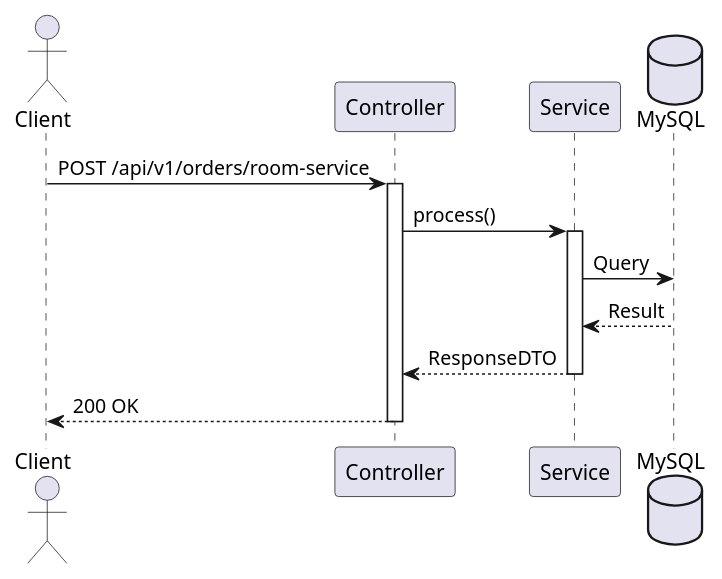
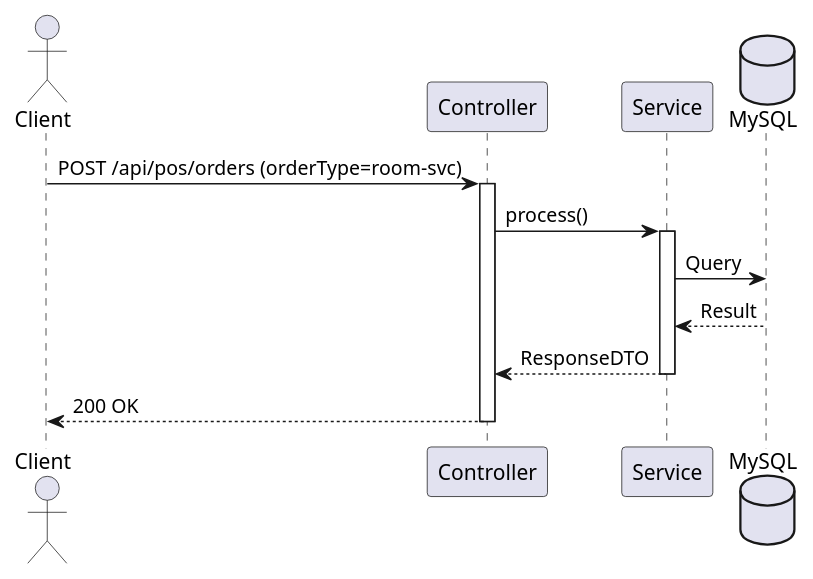
The second of 2 diagrams in 06-Testing/mod3_pos/uc14/EDS_uc14_SPEC.md (NguyenNgoc6/HoaNien), drawn with PlantUML before and after one commit. The commit also changed other lines of this file and 21 other files, not shown here.

````diff
--- a/06-Testing/mod3_pos/uc14/EDS_uc14_SPEC.md
+++ b/06-Testing/mod3_pos/uc14/EDS_uc14_SPEC.md
@@ -126,19 +129,19 @@
 ```plantuml
 @startuml
 actor "Client" as C
 participant "Controller" as Ctrl
 participant "Service" as Svc
 database MySQL as DB
 
-C -> Ctrl: POST /api/v1/orders/room-service
+C -> Ctrl: POST /api/pos/orders (orderType=room-svc)
 activate Ctrl
 Ctrl -> Svc: process()
 activate Svc
 Svc -> DB: Query
 DB --> Svc: Result
 Svc --> Ctrl: ResponseDTO
 deactivate Svc
 Ctrl --> C: 200 OK
 deactivate Ctrl
 @enduml
 ```
````
